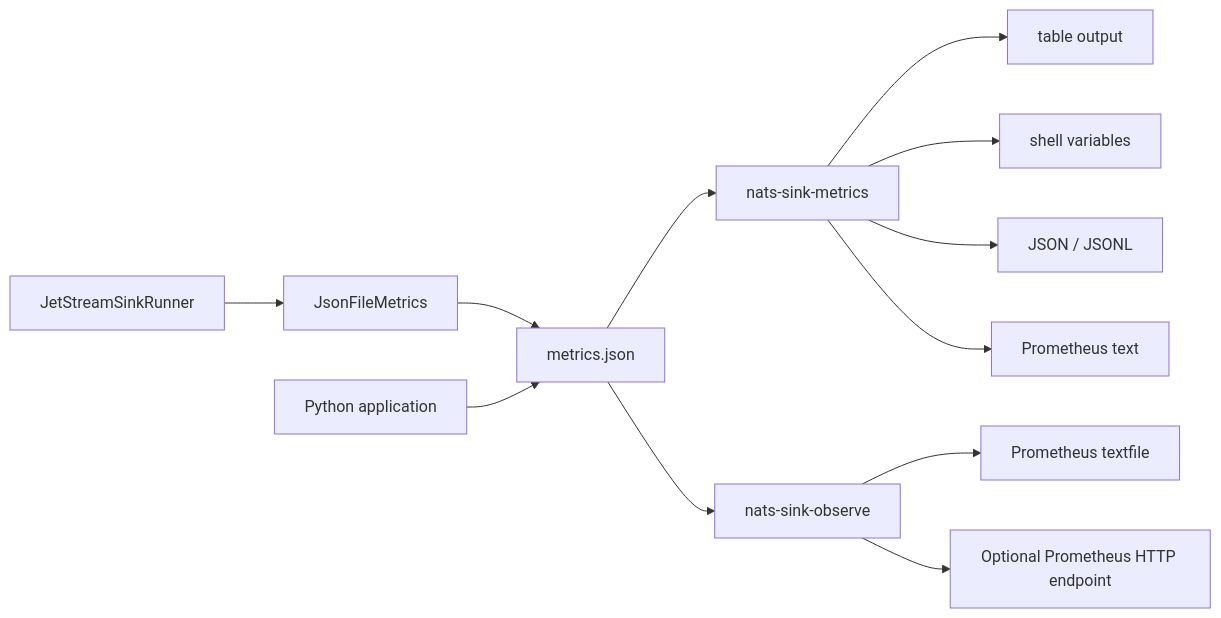
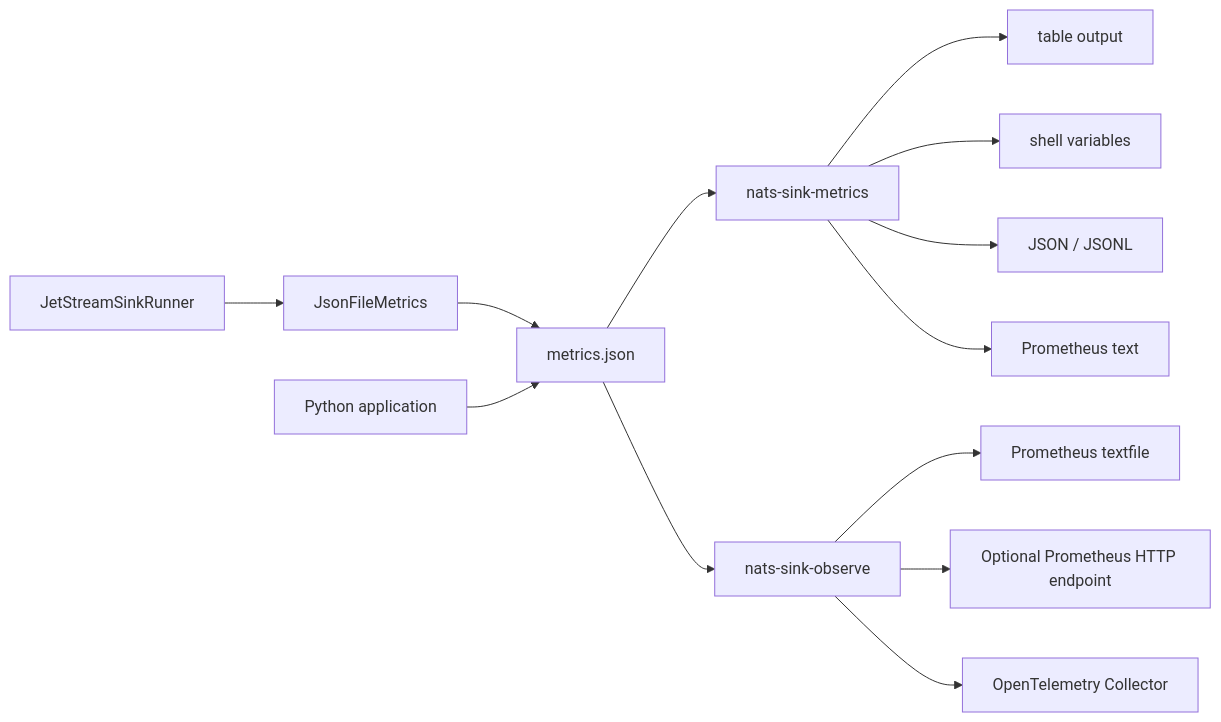
One commit to ProjectCuillin/nats-sinks changed the diagram in docs/metrics.md. Above: the diagram before and after it, drawn with Mermaid. The commit also changed other lines of this file and 33 other files, not shown here.

````diff
--- a/docs/metrics.md
+++ b/docs/metrics.md
@@ -57,14 +58,15 @@
 ```mermaid
 flowchart LR
     Runner[JetStreamSinkRunner] --> Recorder[JsonFileMetrics]
     Recorder --> Snapshot[metrics.json]
     Snapshot --> CLI[nats-sink-metrics]
     CLI --> Human[table output]
     CLI --> Shell[shell variables]
     CLI --> JSON[JSON / JSONL]
     CLI --> PromText[Prometheus text]
     Python[Python application] --> Snapshot
     Snapshot --> Observe[nats-sink-observe]
     Observe --> Textfile[Prometheus textfile]
     Observe --> Http[Optional Prometheus HTTP endpoint]
+    Observe --> OTLP[OpenTelemetry Collector]
 ```
````
